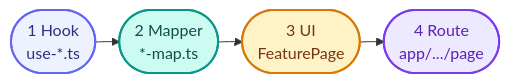
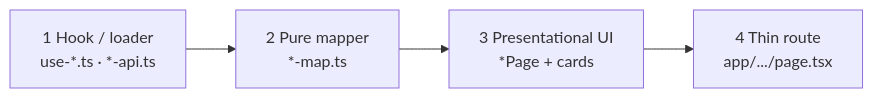
Before and after one commit to abrehan2/kanopy-trial: the second of 4 diagrams in README.md, drawn with Mermaid. The commit also changed other lines of this file and 72 other files, not shown here.

````diff
--- a/README.md
+++ b/README.md
@@ -119,21 +153,8 @@
 ```mermaid
-%%{init: {"flowchart": {"curve": "basis", "nodeSpacing": 18, "rankSpacing": 24}}}%%
 flowchart LR
-  classDef s1 fill:#eef2ff,stroke:#6366f1,stroke-width:2px,color:#312e81
-  classDef s2 fill:#ccfbf1,stroke:#0d9488,stroke-width:2px,color:#134e4a
-  classDef s3 fill:#99f6e4,stroke:#0f766e,stroke-width:2px,color:#134e4a
-  classDef s4 fill:#fef3c7,stroke:#d97706,stroke-width:2px,color:#78350f
-  classDef s5 fill:#ede9fe,stroke:#7c3aed,stroke-width:2px,color:#5b21b6
-
-  HK(["1  Hook<br/>use-*.ts"])
-  MP(["2  Mapper<br/>*-map.ts"])
-  UI(["3  UI<br/>FeaturePage"])
-  RT(["4  Route<br/>app/.../page"])
-
+  HK["1  Hook / loader<br/>use-*.ts · *-api.ts"]
+  MP["2  Pure mapper<br/>*-map.ts"]
+  UI["3  Presentational UI<br/>*Page + cards"]
+  RT["4  Thin route<br/>app/.../page.tsx"]
   HK --> MP --> UI --> RT
-
-  class HK s1
-  class MP s2
-  class UI s4
-  class RT s5
 ```
````
